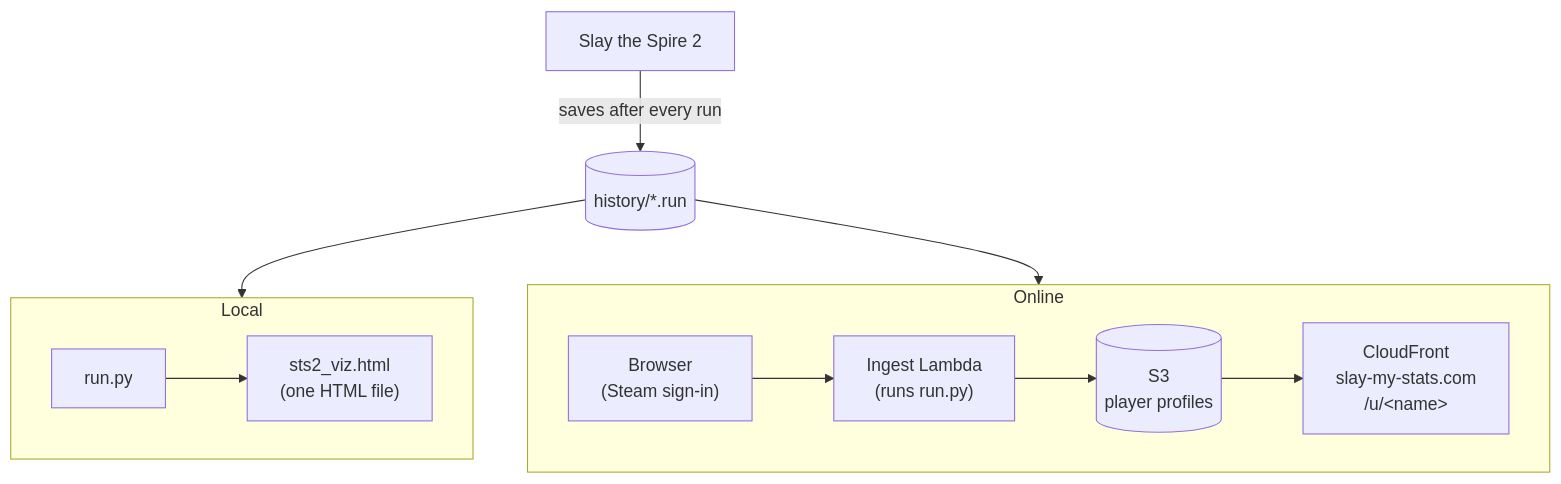
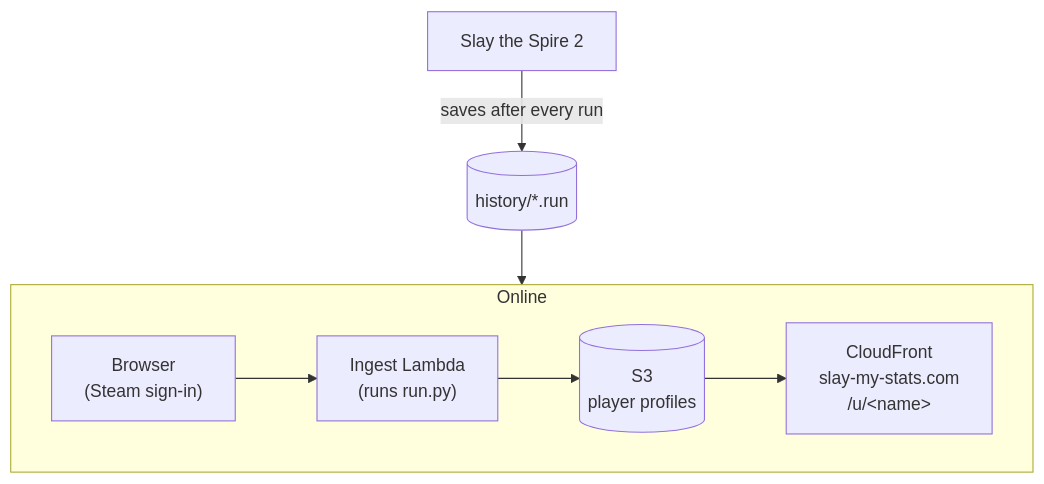
One commit to johnstonjesse329/slay-my-stats changed the first of 5 diagrams in README.md. Above: the diagram before and after it, drawn with Mermaid. The commit also changed other lines of this file, not shown here.

Commit message:
README: drop local use; the site and the mod are the two ways in

````diff
--- a/README.md
+++ b/README.md
@@ -133,19 +131,13 @@
 ```mermaid
 flowchart TB
     game["Slay the Spire 2"] -- "saves after every run" --> runs[("history/*.run")]
-
-    subgraph local["Local"]
-        direction LR
-        runpy["run.py"] --> html["sts2_viz.html<br/>(one HTML file)"]
-    end
 
     subgraph online["Online"]
         direction LR
         upload["Browser<br/>(Steam sign-in)"] --> lambda["Ingest Lambda<br/>(runs run.py)"]
         lambda --> s3[("S3<br/>player profiles")]
         s3 --> cf["CloudFront<br/>slay-my-stats.com<br/>/u/#lt;name#gt;"]
     end
 
-    runs --> local
     runs --> online
 ```
````
